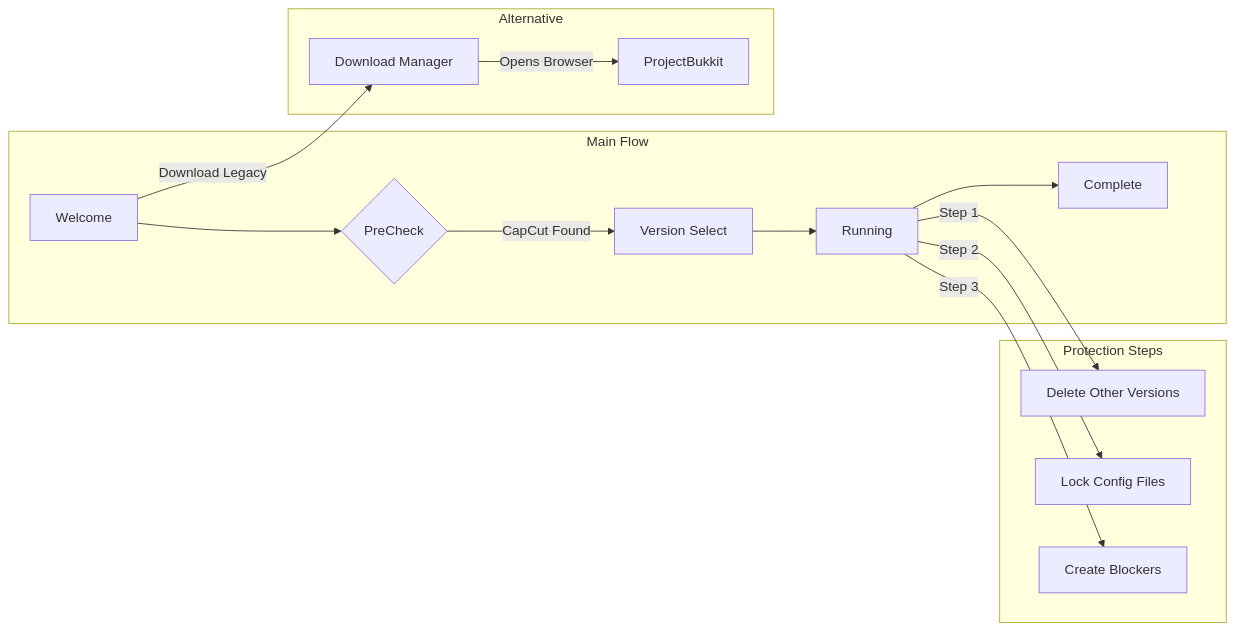
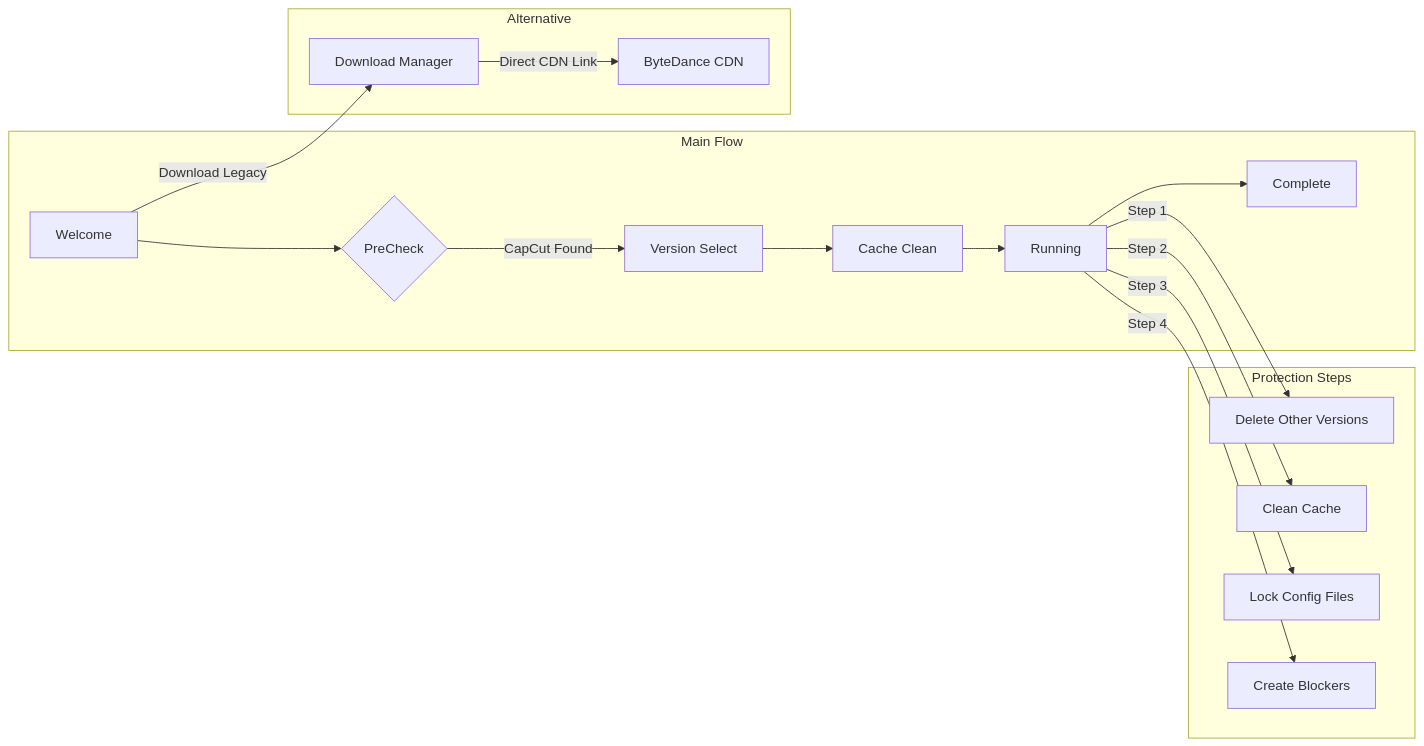
The diagram in README.md (dirtvip/CC-Version-Guard-CE_dirtvip), drawn with Mermaid before and after one commit. The commit also changed other lines of this file, not shown here.

````diff
--- a/README.md
+++ b/README.md
@@ -80,20 +84,22 @@
 ```mermaid
 flowchart LR
     subgraph Main Flow
         A[Welcome] --> B{PreCheck}
         B -->|CapCut Found| C[Version Select]
-        C --> D[Running]
-        D --> E[Complete]
+        C --> D[Cache Clean]
+        D --> E[Running]
+        E --> F[Complete]
     end
 
     subgraph Alternative
-        A -->|Download Legacy| F[Download Manager]
-        F -->|Opens Browser| G[ProjectBukkit]
+        A -->|Download Legacy| G[Download Manager]
+        G -->|Direct CDN Link| H[ByteDance CDN]
     end
 
     subgraph Protection Steps
-        D -->|Step 1| H[Delete Other Versions]
-        D -->|Step 2| I[Lock Config Files]
-        D -->|Step 3| J[Create Blockers]
+        E -->|Step 1| I[Delete Other Versions]
+        E -->|Step 2| J[Clean Cache]
+        E -->|Step 3| K[Lock Config Files]
+        E -->|Step 4| L[Create Blockers]
     end
 ```
````
